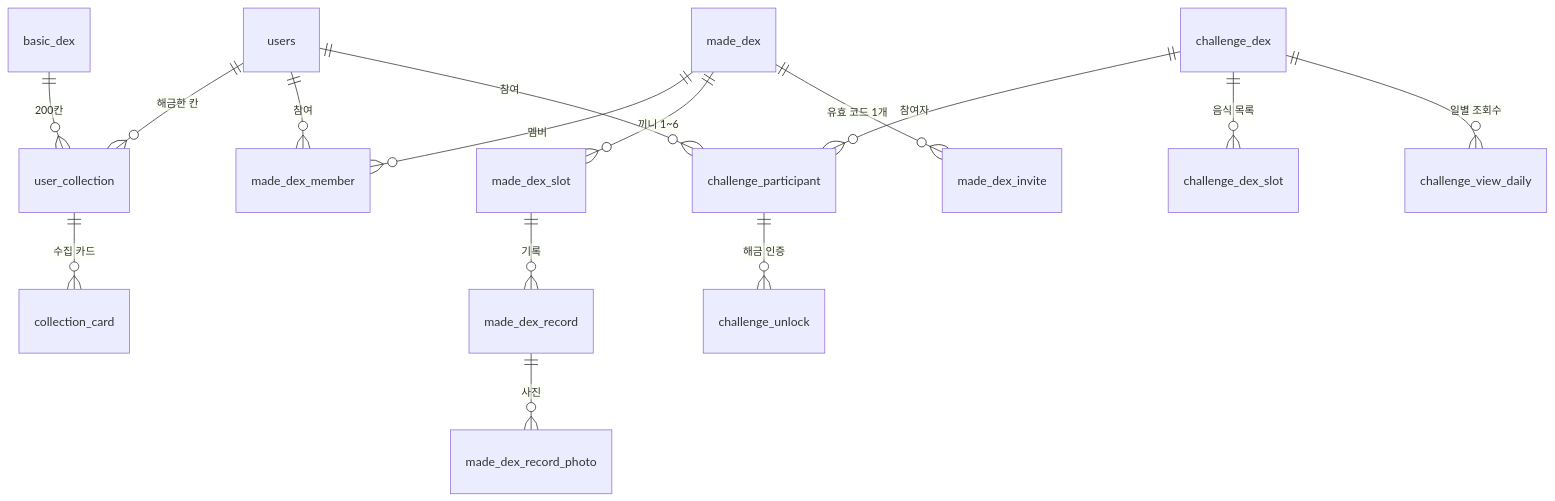
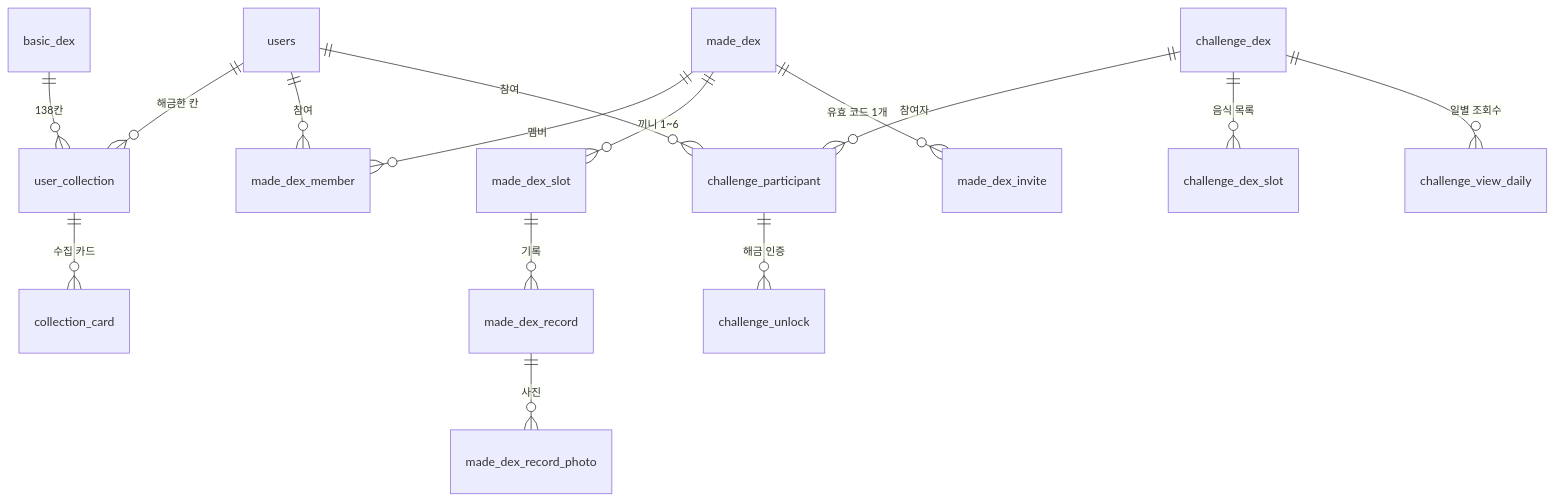
One commit to prgrms-aibe-devcourse/AIBE6_FinalProject_Team02_BE changed the diagram in README.md. Above: the diagram before and after it, drawn with Mermaid. The commit also changed other lines of this file, not shown here.

````diff
--- a/README.md
+++ b/README.md
@@ -220,19 +220,19 @@
 ```mermaid
 erDiagram
     users ||--o{ user_collection : "해금한 칸"
-    basic_dex ||--o{ user_collection : "200칸"
+    basic_dex ||--o{ user_collection : "138칸"
     user_collection ||--o{ collection_card : "수집 카드"
 
     users ||--o{ made_dex_member : "참여"
     made_dex ||--o{ made_dex_member : "멤버"
     made_dex ||--o{ made_dex_slot : "끼니 1~6"
     made_dex ||--o{ made_dex_invite : "유효 코드 1개"
     made_dex_slot ||--o{ made_dex_record : "기록"
     made_dex_record ||--o{ made_dex_record_photo : "사진"
 
     users ||--o{ challenge_participant : "참여"
     challenge_dex ||--o{ challenge_participant : "참여자"
     challenge_dex ||--o{ challenge_dex_slot : "음식 목록"
     challenge_participant ||--o{ challenge_unlock : "해금 인증"
     challenge_dex ||--o{ challenge_view_daily : "일별 조회수"
 ```
````
